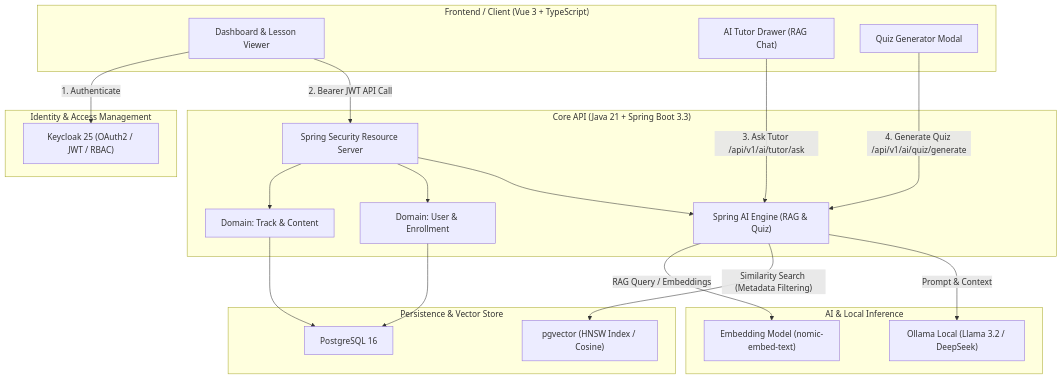
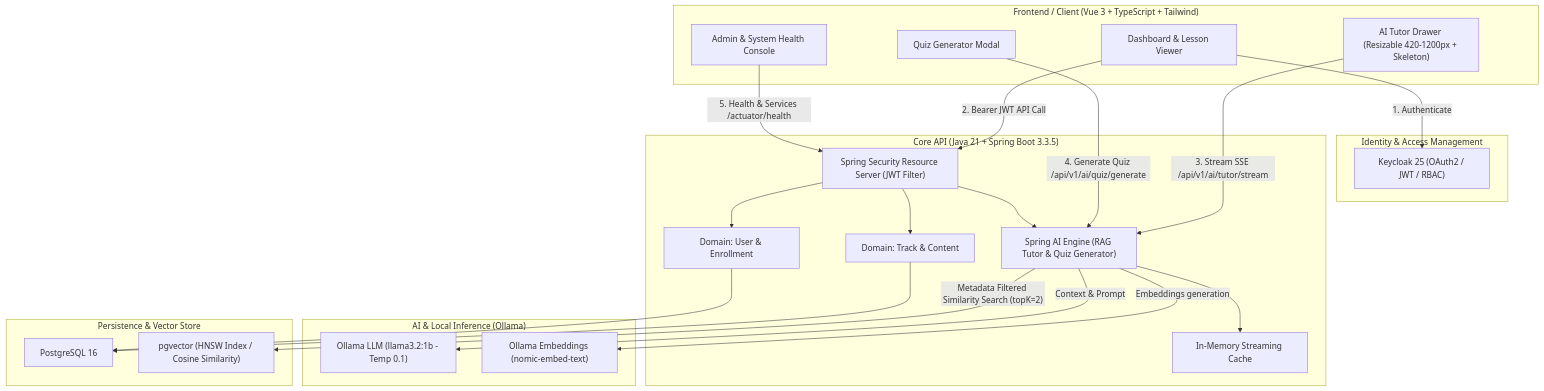
The diagram in README.md (raguiohead/coop-onboarding), drawn with Mermaid before and after one commit. The commit also changed other lines of this file and 1 other file, not shown here.

Commit message:
docs(governance): atualizacao do README e DEVELOPMENT com perfis, credenciais, streaming SSE e modelo llama3.2-1b

````diff
--- a/README.md
+++ b/README.md
@@ -33,44 +47,48 @@
 ```mermaid
 flowchart TD
-    subgraph Client["Frontend / Client (Vue 3 + TypeScript)"]
+    subgraph Client["Frontend / Client (Vue 3 + TypeScript + Tailwind)"]
         SPA["Dashboard & Lesson Viewer"]
-        AIDrawer["AI Tutor Drawer (RAG Chat)"]
+        AIDrawer["AI Tutor Drawer (Resizable 420-1200px + Skeleton)"]
         QuizModal["Quiz Generator Modal"]
+        AdminPanel["Admin & System Health Console"]
     end
 
     subgraph Security["Identity & Access Management"]
         KC["Keycloak 25 (OAuth2 / JWT / RBAC)"]
     end
 
-    subgraph Backend["Core API (Java 21 + Spring Boot 3.3)"]
-        ResourceServer["Spring Security Resource Server"]
+    subgraph Backend["Core API (Java 21 + Spring Boot 3.3.5)"]
+        ResourceServer["Spring Security Resource Server (JWT Filter)"]
         TrackModule["Domain: Track & Content"]
         UserModule["Domain: User & Enrollment"]
-        AIModule["Spring AI Engine (RAG & Quiz)"]
+        AIModule["Spring AI Engine (RAG Tutor & Quiz Generator)"]
+        CacheModule["In-Memory Streaming Cache"]
     end
 
-    subgraph AIInfra["AI & Local Inference"]
-        Ollama["Ollama Local (Llama 3.2 / DeepSeek)"]
-        Embeddings["Embedding Model (nomic-embed-text)"]
+    subgraph AIInfra["AI & Local Inference (Ollama)"]
+        OllamaChat["Ollama LLM (llama3.2:1b - Temp 0.1)"]
+        OllamaEmbed["Ollama Embeddings (nomic-embed-text)"]
     end
 
     subgraph Database["Persistence & Vector Store"]
         Postgres["PostgreSQL 16"]
-        PgVector["pgvector (HNSW Index / Cosine)"]
+        PgVector["pgvector (HNSW Index / Cosine Similarity)"]
     end
 
     SPA -->|"1. Authenticate"| KC
     SPA -->|"2. Bearer JWT API Call"| ResourceServer
-    AIDrawer -->|"3. Ask Tutor /api/v1/ai/tutor/ask"| AIModule
+    AIDrawer -->|"3. Stream SSE /api/v1/ai/tutor/stream"| AIModule
     QuizModal -->|"4. Generate Quiz /api/v1/ai/quiz/generate"| AIModule
+    AdminPanel -->|"5. Health & Services /actuator/health"| ResourceServer
 
     ResourceServer --> TrackModule
     ResourceServer --> UserModule
     ResourceServer --> AIModule
 
+    AIModule --> CacheModule
     TrackModule --> Postgres
     UserModule --> Postgres
-    AIModule -->|"RAG Query / Embeddings"| Embeddings
-    AIModule -->|"Similarity Search (Metadata Filtering)"| PgVector
-    AIModule -->|"Prompt & Context"| Ollama
+    AIModule -->|"Embeddings generation"| OllamaEmbed
+    AIModule -->|"Metadata Filtered Similarity Search (topK=2)"| PgVector
+    AIModule -->|"Context & Prompt"| OllamaChat
 ```
````
